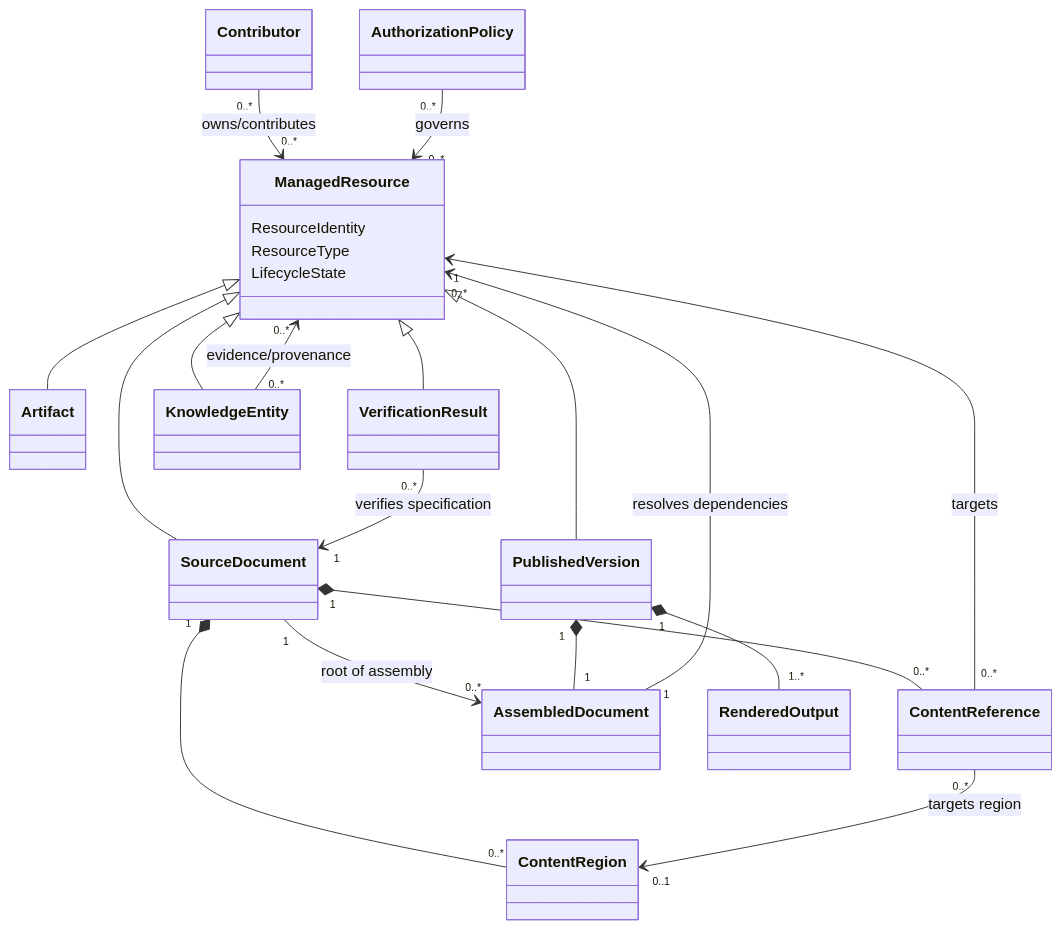
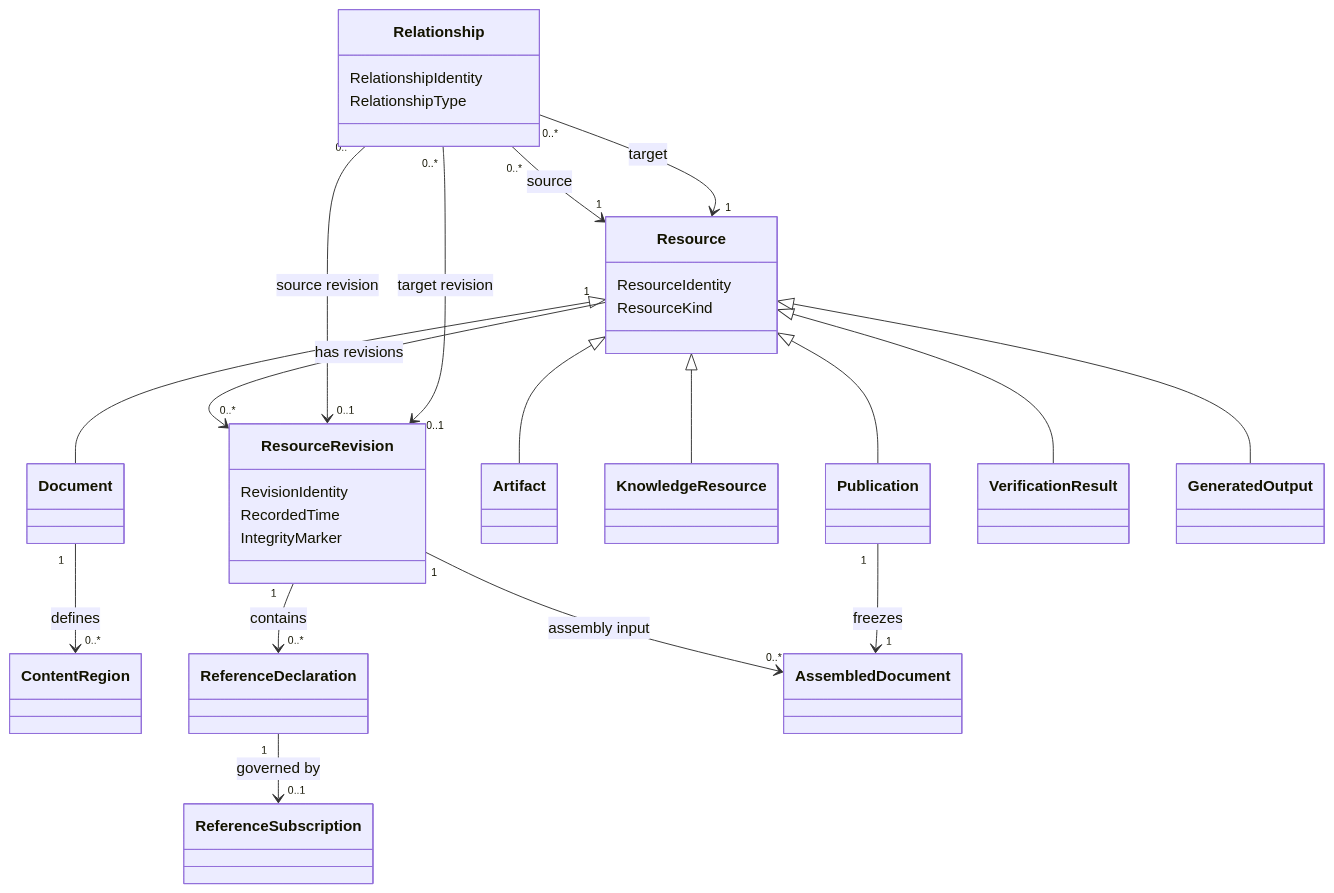
One commit to chucklowery/document-management changed the diagram in documents/02-domain-model.md. Above: the diagram before and after it, drawn with Mermaid. The commit also changed other lines of this file, not shown here.

Commit message:
Simplify domain model around versioned resource graph

````diff
--- a/documents/02-domain-model.md
+++ b/documents/02-domain-model.md
@@ -1404,42 +770,48 @@
 ```mermaid
 classDiagram
-    class ManagedResource {
+    class Resource {
       ResourceIdentity
-      ResourceType
-      LifecycleState
+      ResourceKind
     }
 
-    class SourceDocument
+    class ResourceRevision {
+      RevisionIdentity
+      RecordedTime
+      IntegrityMarker
+    }
+
+    class Relationship {
+      RelationshipIdentity
+      RelationshipType
+    }
+
+    class Document
     class Artifact
-    class PublishedVersion
+    class KnowledgeResource
+    class Publication
     class VerificationResult
-    class KnowledgeEntity
+    class GeneratedOutput
     class ContentRegion
-    class ContentReference
+    class ReferenceDeclaration
+    class ReferenceSubscription
     class AssembledDocument
-    class RenderedOutput
-    class Contributor
-    class AuthorizationPolicy
 
-    ManagedResource <|-- SourceDocument
-    ManagedResource <|-- Artifact
-    ManagedResource <|-- PublishedVersion
-    ManagedResource <|-- VerificationResult
-    ManagedResource <|-- KnowledgeEntity
+    Resource "1" --> "0..*" ResourceRevision : has revisions
+    Relationship "0..*" --> "1" Resource : source
+    Relationship "0..*" --> "1" Resource : target
+    Relationship "0..*" --> "0..1" ResourceRevision : source revision
+    Relationship "0..*" --> "0..1" ResourceRevision : target revision
 
-    SourceDocument "1" *-- "0..*" ContentRegion
-    SourceDocument "1" *-- "0..*" ContentReference
-    ContentReference "0..*" --> "1" ManagedResource : targets
-    ContentReference "0..*" --> "0..1" ContentRegion : targets region
+    Resource <|-- Document
+    Resource <|-- Artifact
+    Resource <|-- KnowledgeResource
+    Resource <|-- Publication
+    Resource <|-- VerificationResult
+    Resource <|-- GeneratedOutput
 
-    SourceDocument "1" --> "0..*" AssembledDocument : root of assembly
-    AssembledDocument "1" --> "0..*" ManagedResource : resolves dependencies
-    PublishedVersion "1" *-- "1" AssembledDocument
-    PublishedVersion "1" *-- "1..*" RenderedOutput
-
-    KnowledgeEntity "0..*" --> "0..*" ManagedResource : evidence/provenance
-    VerificationResult "0..*" --> "1" SourceDocument : verifies specification
-
-    Contributor "0..*" --> "0..*" ManagedResource : owns/contributes
-    AuthorizationPolicy "0..*" --> "0..*" ManagedResource : governs
+    Document "1" --> "0..*" ContentRegion : defines
+    ResourceRevision "1" --> "0..*" ReferenceDeclaration : contains
+    ReferenceDeclaration "1" --> "0..1" ReferenceSubscription : governed by
+    ResourceRevision "1" --> "0..*" AssembledDocument : assembly input
+    Publication "1" --> "1" AssembledDocument : freezes
 ```
````
